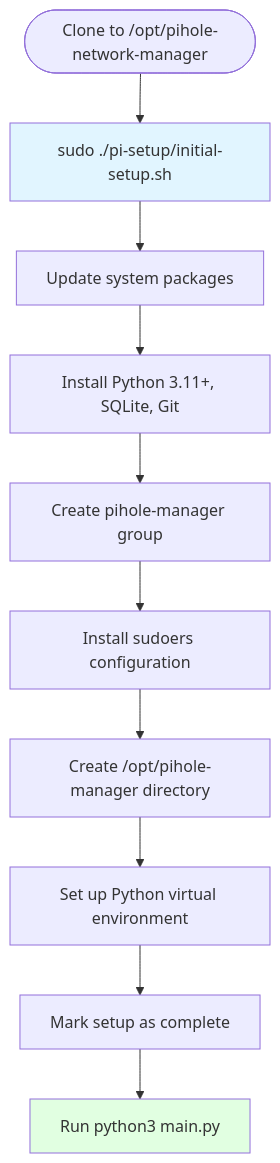
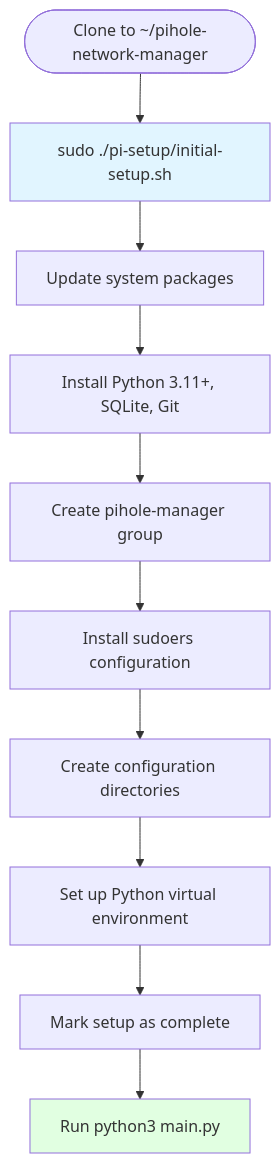
Before and after one commit to ThePraxium/pihole-network-manager: the third of 13 diagrams in docs/code-reference.md, drawn with Mermaid. The commit also changed other lines of this file and 16 other files, not shown here.

````diff
--- a/docs/code-reference.md
+++ b/docs/code-reference.md
@@ -99,17 +99,17 @@
 ```mermaid
 flowchart TD
-    Start([Clone to /opt/pihole-network-manager]) --> Setup[sudo ./pi-setup/initial-setup.sh]
+    Start([Clone to ~/pihole-network-manager]) --> Setup[sudo ./pi-setup/initial-setup.sh]
 
     Setup --> S1[Update system packages]
     S1 --> S2[Install Python 3.11+, SQLite, Git]
     S2 --> S3[Create pihole-manager group]
     S3 --> S4[Install sudoers configuration]
-    S4 --> S5[Create /opt/pihole-manager directory]
+    S4 --> S5[Create configuration directories]
     S5 --> S6[Set up Python virtual environment]
     S6 --> S7[Mark setup as complete]
 
     S7 --> Done[Run python3 main.py]
 
     style Setup fill:#e1f5ff
     style Done fill:#e1ffe1
 ```
````
